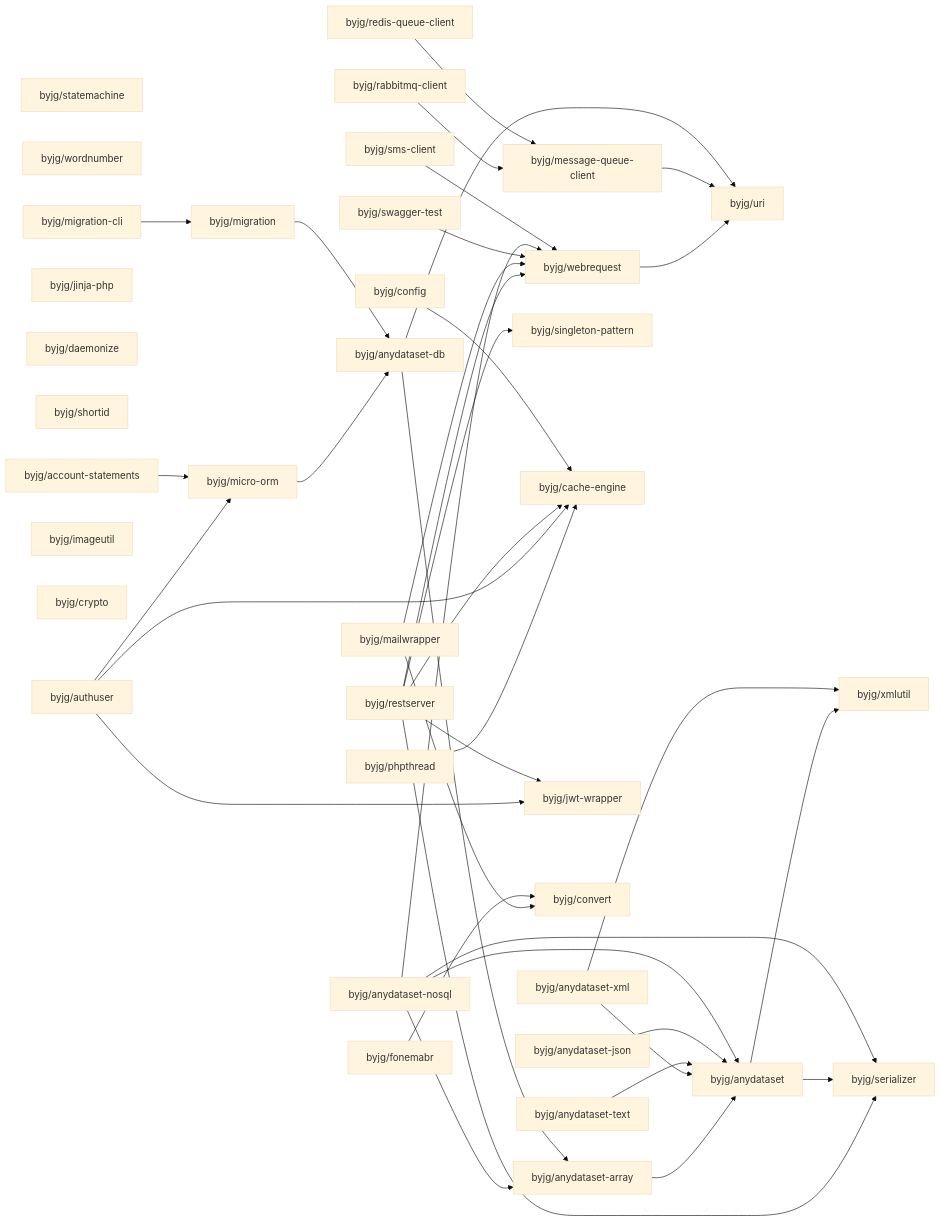
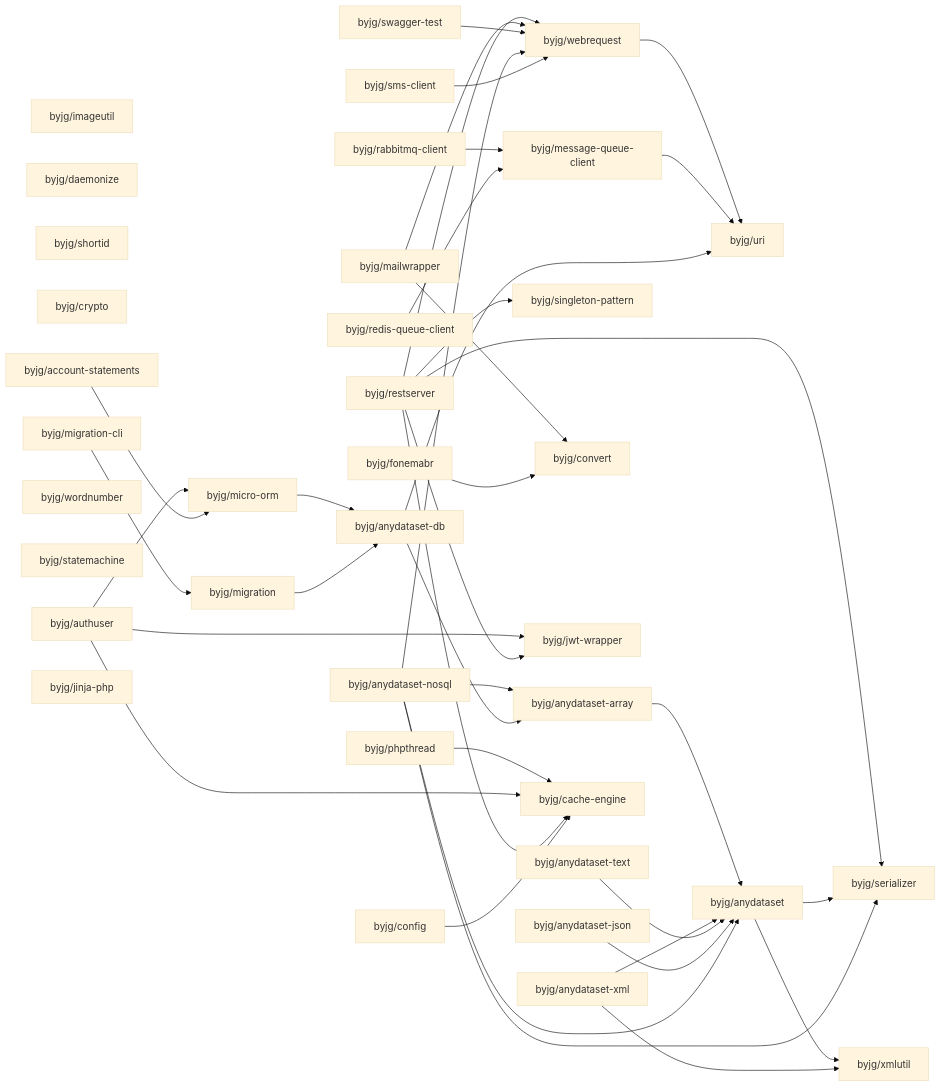
One commit to byjg/byjg.github.io changed the diagram in docs/php/README.md. Above: the diagram before and after it, drawn with Mermaid (base theme). The commit also changed other lines of this file, not shown here.

Commit message:
Update documentation 'php' 'php-migration'

````diff
--- a/docs/php/README.md
+++ b/docs/php/README.md
@@ -3,76 +3,76 @@
 ```mermaid
 graph LR;
+  byjg/anydataset-text;
+  byjg/imageutil;
+  byjg/daemonize;
+  byjg/rabbitmq-client;
+  byjg/shortid;
+  byjg/fonemabr;
+  byjg/crypto;
+  byjg/account-statements;
+  byjg/anydataset-json;
+  byjg/migration-cli;
+  byjg/wordnumber;
+  byjg/statemachine;
+  byjg/anydataset-xml;
+  byjg/anydataset-nosql;
+  byjg/restserver;
+  byjg/redis-queue-client;
+  byjg/mailwrapper;
+  byjg/authuser;
+  byjg/sms-client;
+  byjg/swagger-test;
   byjg/config;
-  byjg/statemachine;
-  byjg/wordnumber;
-  byjg/restserver;
-  byjg/migration-cli;
-  byjg/anydataset-text;
   byjg/phpthread;
   byjg/jinja-php;
-  byjg/redis-queue-client;
-  byjg/mailwrapper;
-  byjg/daemonize;
-  byjg/shortid;
-  byjg/anydataset-xml;
-  byjg/anydataset-nosql;
-  byjg/authuser;
-  byjg/fonemabr;
-  byjg/rabbitmq-client;
-  byjg/imageutil;
-  byjg/anydataset-json;
-  byjg/sms-client;
-  byjg/crypto;
-  byjg/swagger-test;
-  byjg/account-statements;
+  byjg/migration;
   byjg/singleton-pattern;
-  byjg/migration;
+  byjg/message-queue-client;
+  byjg/convert;
+  byjg/micro-orm;
+  byjg/jwt-wrapper;
+  byjg/webrequest;
   byjg/cache-engine;
-  byjg/jwt-wrapper;
-  byjg/convert;
-  byjg/message-queue-client;
-  byjg/webrequest;
-  byjg/micro-orm;
   byjg/anydataset-db;
   byjg/anydataset-array;
   byjg/uri;
   byjg/anydataset;
   byjg/serializer;
   byjg/xmlutil;
   byjg/phpthread --> byjg/cache-engine;
   byjg/micro-orm --> byjg/anydataset-db;
   byjg/authuser --> byjg/micro-orm;
   byjg/authuser --> byjg/cache-engine;
   byjg/authuser --> byjg/jwt-wrapper;
   byjg/anydataset-array --> byjg/anydataset;
   byjg/restserver --> byjg/serializer;
   byjg/restserver --> byjg/singleton-pattern;
   byjg/restserver --> byjg/cache-engine;
   byjg/restserver --> byjg/webrequest;
   byjg/restserver --> byjg/jwt-wrapper;
   byjg/mailwrapper --> byjg/convert;
   byjg/mailwrapper --> byjg/webrequest;
   byjg/swagger-test --> byjg/webrequest;
   byjg/migration --> byjg/anydataset-db;
   byjg/account-statements --> byjg/micro-orm;
   byjg/anydataset --> byjg/serializer;
   byjg/anydataset --> byjg/xmlutil;
   byjg/fonemabr --> byjg/convert;
   byjg/anydataset-xml --> byjg/anydataset;
   byjg/anydataset-xml --> byjg/xmlutil;
   byjg/webrequest --> byjg/uri;
   byjg/config --> byjg/cache-engine;
   byjg/migration-cli --> byjg/migration;
   byjg/anydataset-text --> byjg/anydataset;
   byjg/message-queue-client --> byjg/uri;
   byjg/anydataset-json --> byjg/anydataset;
   byjg/anydataset-nosql --> byjg/anydataset;
   byjg/anydataset-nosql --> byjg/anydataset-array;
   byjg/anydataset-nosql --> byjg/serializer;
   byjg/anydataset-nosql --> byjg/webrequest;
   byjg/anydataset-db --> byjg/anydataset-array;
   byjg/anydataset-db --> byjg/uri;
   byjg/rabbitmq-client --> byjg/message-queue-client;
   byjg/redis-queue-client --> byjg/message-queue-client;
   byjg/sms-client --> byjg/webrequest;
 ```
````
